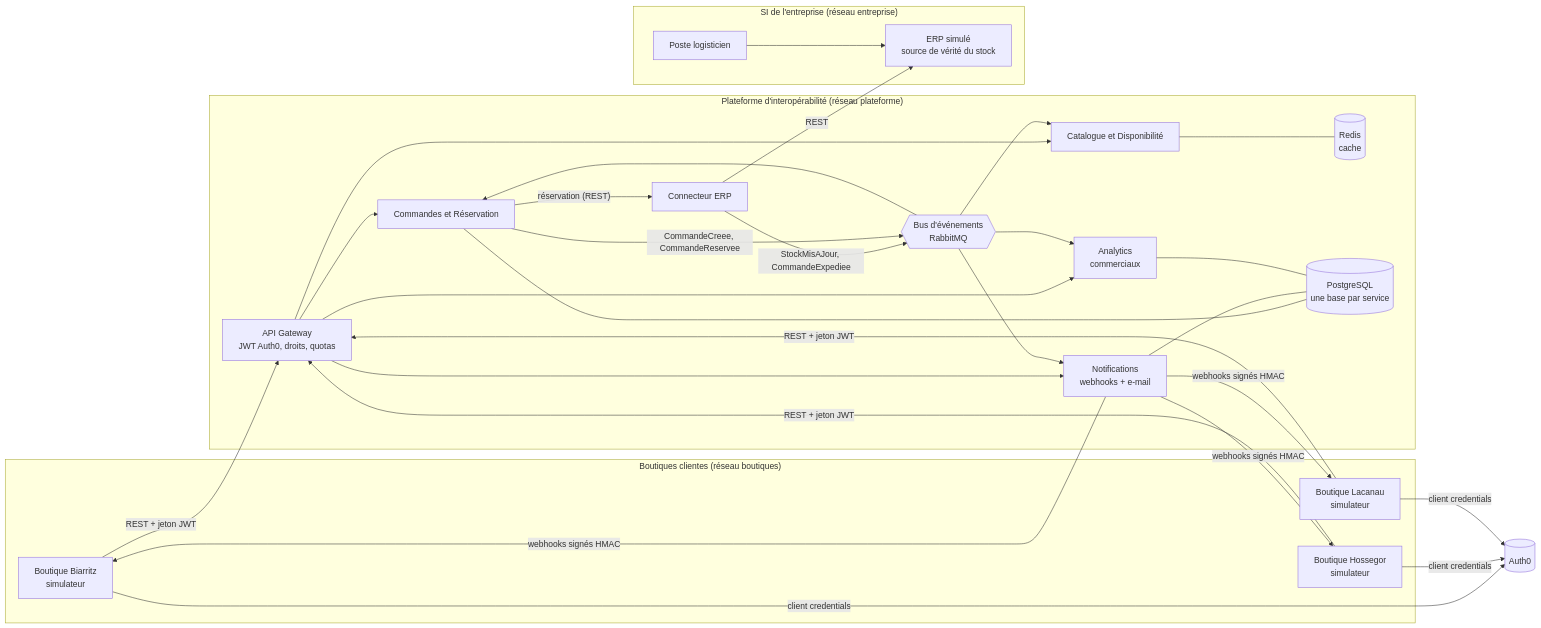
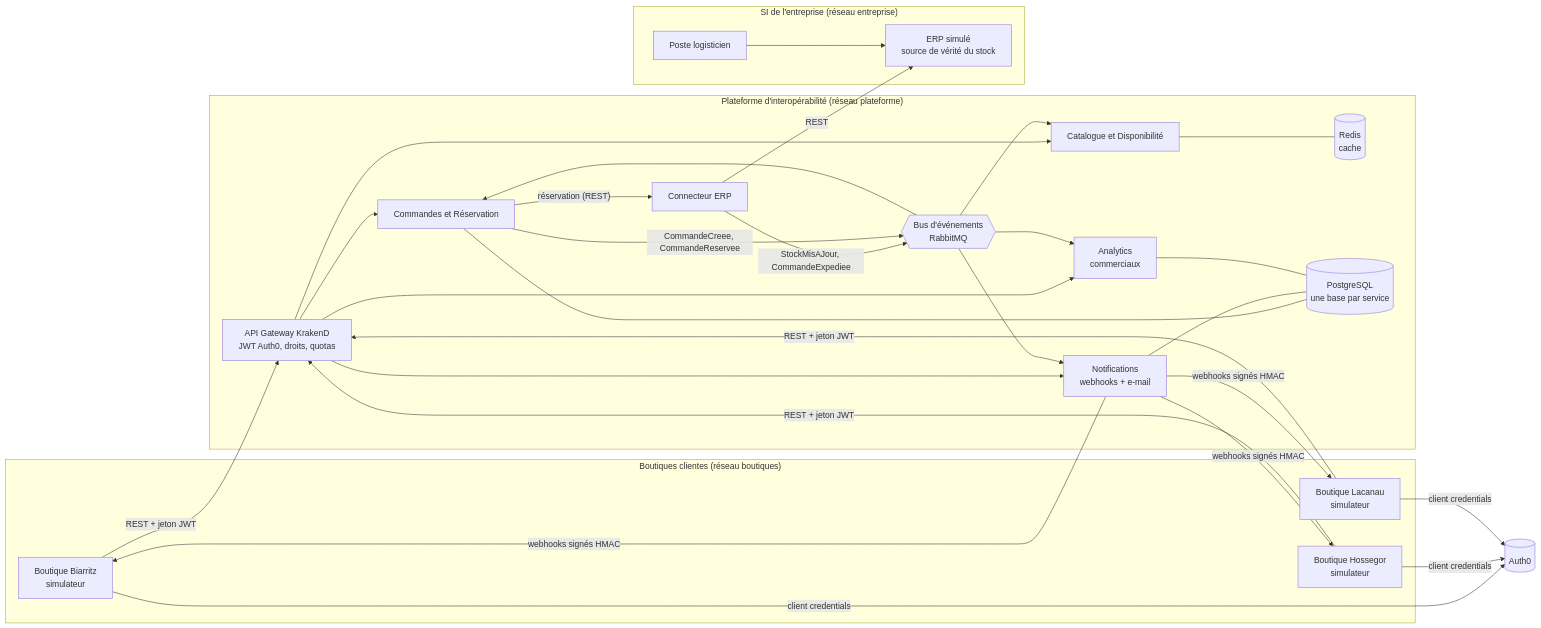
The diagram in docs/architecture.md (hndiaye9854/isi_project), drawn with Mermaid before and after one commit. The commit also changed other lines of this file and 47 other files, not shown here.

First line of the commit message:
Passerelle KrakenD, configuration Auth0 en Terraform et observatoire des flux

````diff
--- a/docs/architecture.md
+++ b/docs/architecture.md
@@ -16,36 +16,36 @@
 ```mermaid
 flowchart LR
   subgraph Boutiques["Boutiques clientes (réseau boutiques)"]
     B1[Boutique Biarritz<br/>simulateur]
     B2[Boutique Hossegor<br/>simulateur]
     B3[Boutique Lacanau<br/>simulateur]
   end
   A0[(Auth0)]
   subgraph Plateforme["Plateforme d'interopérabilité (réseau plateforme)"]
-    GW[API Gateway<br/>JWT Auth0, droits, quotas]
+    GW[API Gateway KrakenD<br/>JWT Auth0, droits, quotas]
     CAT[Catalogue et Disponibilité]
     CMD[Commandes et Réservation]
     NOT[Notifications<br/>webhooks + e-mail]
     ANA[Analytics<br/>commerciaux]
     CNX[Connecteur ERP]
     BUS{{Bus d'événements<br/>RabbitMQ}}
     R[(Redis<br/>cache)]
     PG[(PostgreSQL<br/>une base par service)]
   end
   subgraph Entreprise["SI de l'entreprise (réseau entreprise)"]
     ERP[ERP simulé<br/>source de vérité du stock]
     LOG[Poste logisticien]
   end
   B1 & B2 & B3 -- "client credentials" --> A0
   B1 & B2 & B3 -- "REST + jeton JWT" --> GW
   GW --> CAT & CMD & NOT & ANA
   CMD -- "réservation (REST)" --> CNX
   CNX -- "REST" --> ERP
   LOG --> ERP
   CNX -- "StockMisAJour, CommandeExpediee" --> BUS
   CMD -- "CommandeCreee, CommandeReservee" --> BUS
   BUS --> CAT & CMD & NOT & ANA
   NOT -- "webhooks signés HMAC" --> B1 & B2 & B3
   CAT --- R
   CMD & NOT & ANA --- PG
 ```
````
